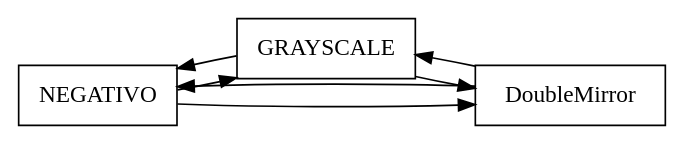
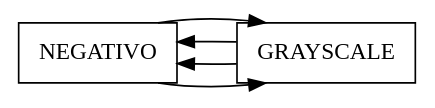
One commit to LuisRivera96/Proyecto1_EDD_USAC changed the diagram in DOT-Images/FILTERS.dot. Above: the diagram before and after it, drawn with Graphviz. The commit also changed 26 other files, not shown here.

```diff
--- a/DOT-Images/FILTERS.dot
+++ b/DOT-Images/FILTERS.dot
@@ -1,11 +1,9 @@
 digraph FILTERS{
 compound=true;
 rankdir="LR"
 node[shape="rectangle"];
 NEGATIVO[label="NEGATIVO"];
 NEGATIVO -> GRAYSCALE -> NEGATIVO;
 GRAYSCALE[label="GRAYSCALE"];
-GRAYSCALE -> DoubleMirror -> GRAYSCALE;
-DoubleMirror[label="DoubleMirror"];
-DoubleMirror -> NEGATIVO -> DoubleMirror;
+GRAYSCALE -> NEGATIVO -> GRAYSCALE;
 }
```
